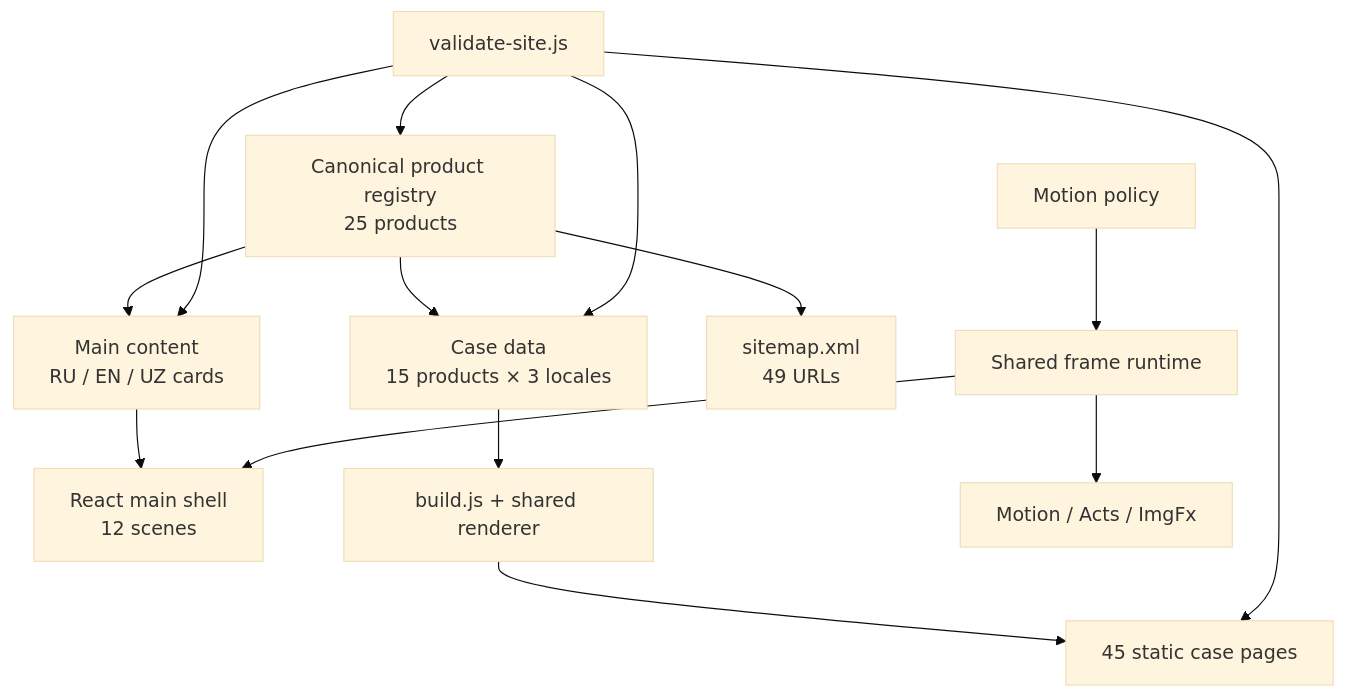
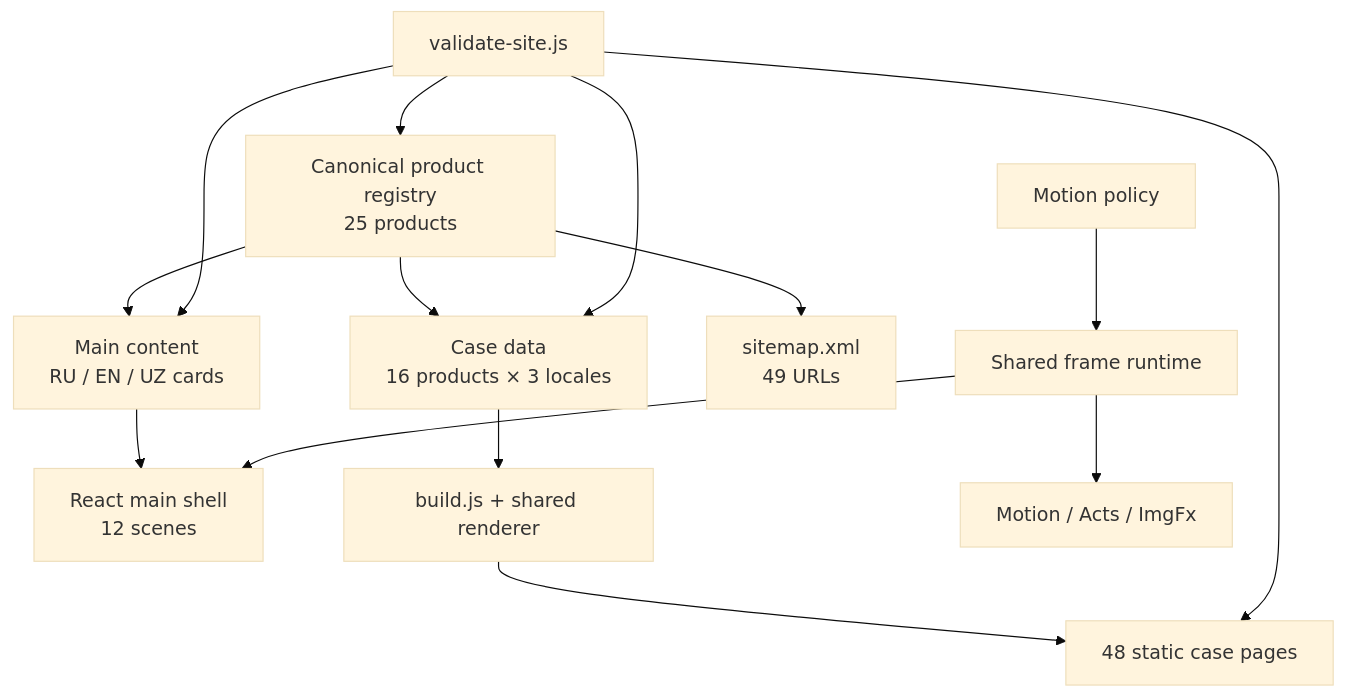
One commit to SamandarMansurkhodjaev2713/CV-Samandar changed the diagram in docs/ARCHITECTURE.md. Above: the diagram before and after it, drawn with Mermaid (base theme). The commit also changed other lines of this file and 12 other files, not shown here.

````diff
--- a/docs/ARCHITECTURE.md
+++ b/docs/ARCHITECTURE.md
@@ -20,16 +20,16 @@
 ```mermaid
 flowchart TD
   R["Canonical product registry\n25 products"] --> C["Main content\nRU / EN / UZ cards"]
-  R --> L["Case data\n15 products × 3 locales"]
+  R --> L["Case data\n16 products × 3 locales"]
   C --> A["React main shell\n12 scenes"]
   L --> G["build.js + shared renderer"]
-  G --> H["45 static case pages"]
+  G --> H["48 static case pages"]
   R --> S["sitemap.xml\n49 URLs"]
   P["Motion policy"] --> M["Shared frame runtime"]
   M --> A
   M --> X["Motion / Acts / ImgFx"]
   V["validate-site.js"] --> R
   V --> C
   V --> L
   V --> H
 ```
````
